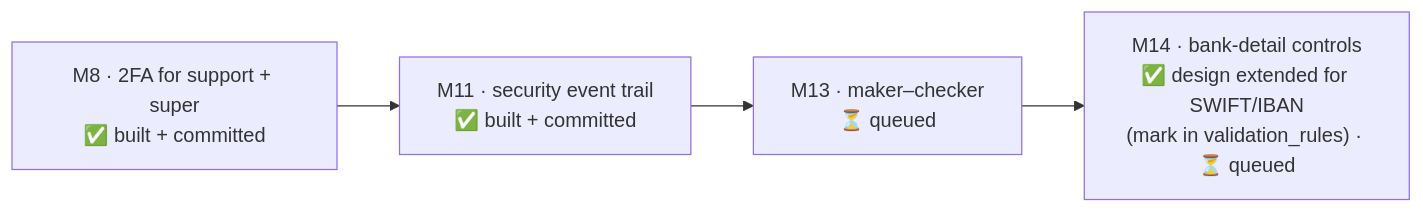
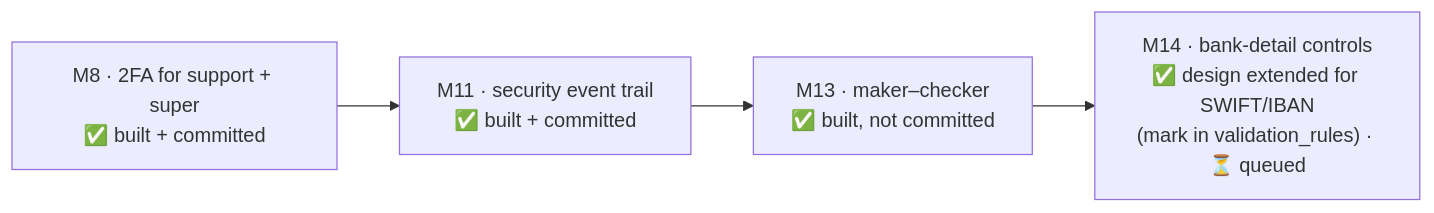
Before and after one commit to sampadadiwan/IRM_CompanyMain: the sixth of 10 diagrams in docs/security/owasp_2026_11_changes.md, drawn with Mermaid. The commit also changed other lines of this file and 57 other files, not shown here.

First line of the commit message:
M13 (OWASP 2026-11 Group B): maker-checker for capital calls and distributions

````diff
--- a/docs/security/owasp_2026_11_changes.md
+++ b/docs/security/owasp_2026_11_changes.md
@@ -1233,6 +1233,6 @@
 ```mermaid
 flowchart LR
     M8["M8 · 2FA for support + super<br/>✅ built + committed"] --> M11["M11 · security event trail<br/>✅ built + committed"]
-    M11 --> M13["M13 · maker–checker<br/>⏳ queued"]
+    M11 --> M13["M13 · maker–checker<br/>✅ built, not committed"]
     M13 --> M14["M14 · bank-detail controls<br/>✅ design extended for SWIFT/IBAN<br/>(mark in validation_rules) · ⏳ queued"]
 ```
````
